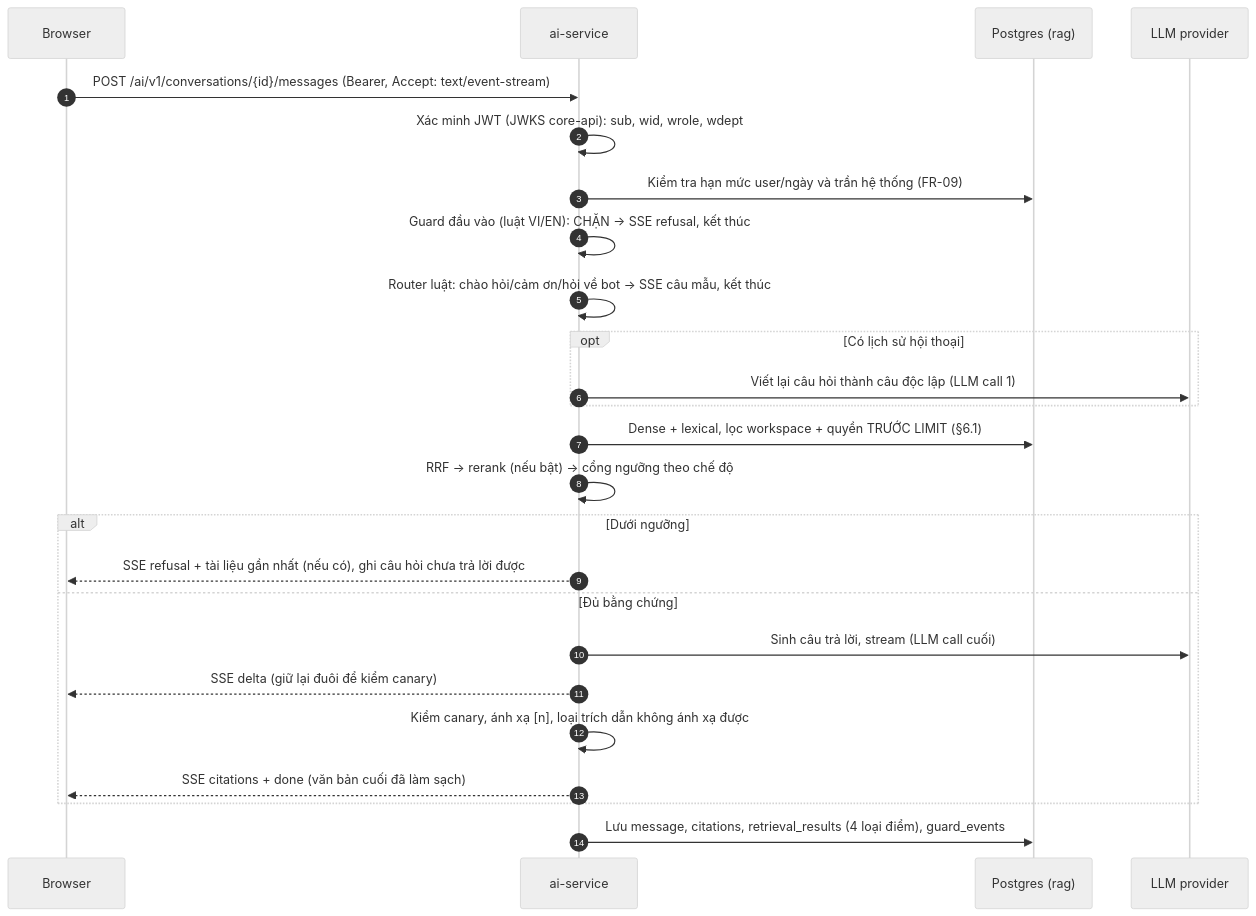
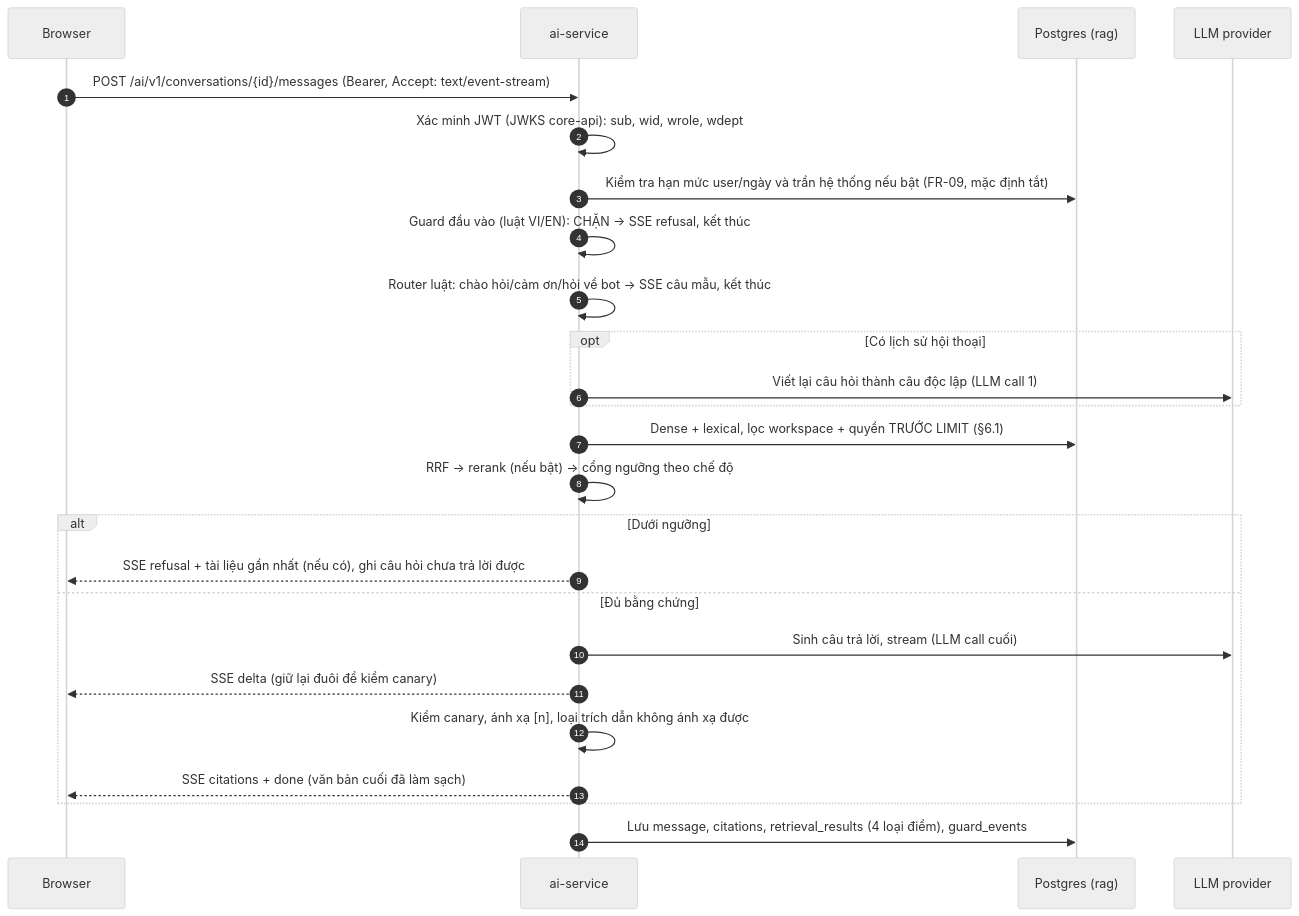
Before and after one commit to N-Tien-L/SOPilot: the second of 2 diagrams in docs/02-architecture/designs/TECH-V2-ai-service.md, drawn with Mermaid (neutral theme). The commit also changed other lines of this file and 61 other files, not shown here.

````diff
--- a/docs/02-architecture/designs/TECH-V2-ai-service.md
+++ b/docs/02-architecture/designs/TECH-V2-ai-service.md
@@ -125,28 +138,28 @@
 ```mermaid
 sequenceDiagram
     autonumber
     participant B as Browser
     participant A as ai-service
     participant DB as Postgres (rag)
     participant L as LLM provider
 
     B->>A: POST /ai/v1/conversations/{id}/messages (Bearer, Accept: text/event-stream)
     A->>A: Xác minh JWT (JWKS core-api): sub, wid, wrole, wdept
-    A->>DB: Kiểm tra hạn mức user/ngày và trần hệ thống (FR-09)
+    A->>DB: Kiểm tra hạn mức user/ngày và trần hệ thống nếu bật (FR-09, mặc định tắt)
     A->>A: Guard đầu vào (luật VI/EN): CHẶN → SSE refusal, kết thúc
     A->>A: Router luật: chào hỏi/cảm ơn/hỏi về bot → SSE câu mẫu, kết thúc
     opt Có lịch sử hội thoại
         A->>L: Viết lại câu hỏi thành câu độc lập (LLM call 1)
     end
     A->>DB: Dense + lexical, lọc workspace + quyền TRƯỚC LIMIT (§6.1)
     A->>A: RRF → rerank (nếu bật) → cổng ngưỡng theo chế độ
     alt Dưới ngưỡng
         A-->>B: SSE refusal + tài liệu gần nhất (nếu có), ghi câu hỏi chưa trả lời được
     else Đủ bằng chứng
         A->>L: Sinh câu trả lời, stream (LLM call cuối)
         A-->>B: SSE delta (giữ lại đuôi để kiểm canary)
         A->>A: Kiểm canary, ánh xạ [n], loại trích dẫn không ánh xạ được
         A-->>B: SSE citations + done (văn bản cuối đã làm sạch)
     end
     A->>DB: Lưu message, citations, retrieval_results (4 loại điểm), guard_events
 ```
````
